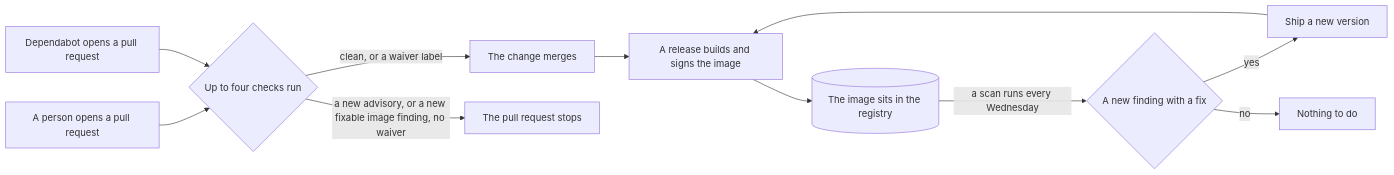
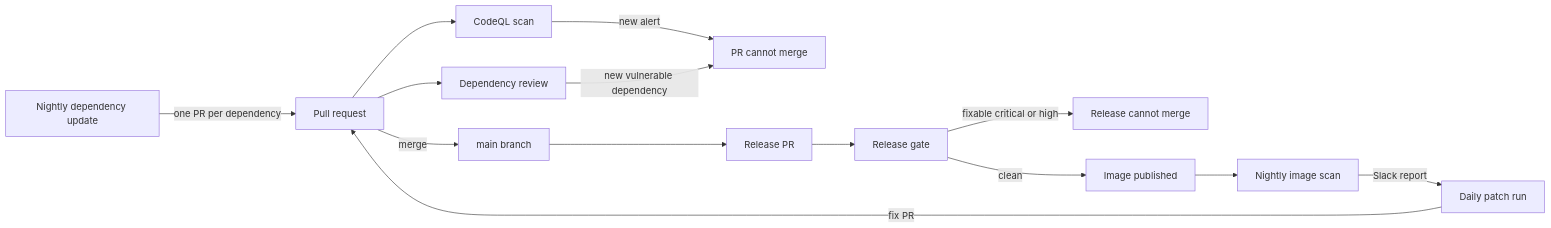
One commit to Unique-AG/connectors changed the diagram in SECURITY-PROCESS.md. Above: the diagram before and after it, drawn with Mermaid. The commit also changed other lines of this file and 6 other files, not shown here.

````diff
--- a/SECURITY-PROCESS.md
+++ b/SECURITY-PROCESS.md
@@ -11,13 +12,16 @@
 ```mermaid
 flowchart LR
-  author[A person opens a pull request] --> checks
-  dependabot[Dependabot opens a pull request] --> checks
-  checks{Up to four checks run} -->|clean, or a waiver label| merge[The change merges]
-  checks -->|a new advisory, or a new fixable image finding, no waiver| stop[The pull request stops]
-  merge --> release[A release builds and signs the image]
-  release --> registry[(The image sits in the registry)]
-  registry -->|a scan runs every Wednesday| found{A new finding with a fix}
-  found -->|yes| again[Ship a new version]
-  found -->|no| quiet[Nothing to do]
-  again --> release
+  pr[Pull request] --> codeql[CodeQL scan]
+  pr --> review[Dependency review]
+  codeql -->|new alert| prStop[PR cannot merge]
+  review -->|new vulnerable dependency| prStop
+  nightlyUpdate[Nightly dependency update] -->|one PR per dependency| pr
+  pr -->|merge| main[main branch]
+  main --> releasePr[Release PR]
+  releasePr --> gate[Release gate]
+  gate -->|fixable critical or high| relStop[Release cannot merge]
+  gate -->|clean| published[Image published]
+  published --> nightlyScan[Nightly image scan]
+  nightlyScan -->|Slack report| patchRun[Daily patch run]
+  patchRun -->|fix PR| pr
 ```
````
